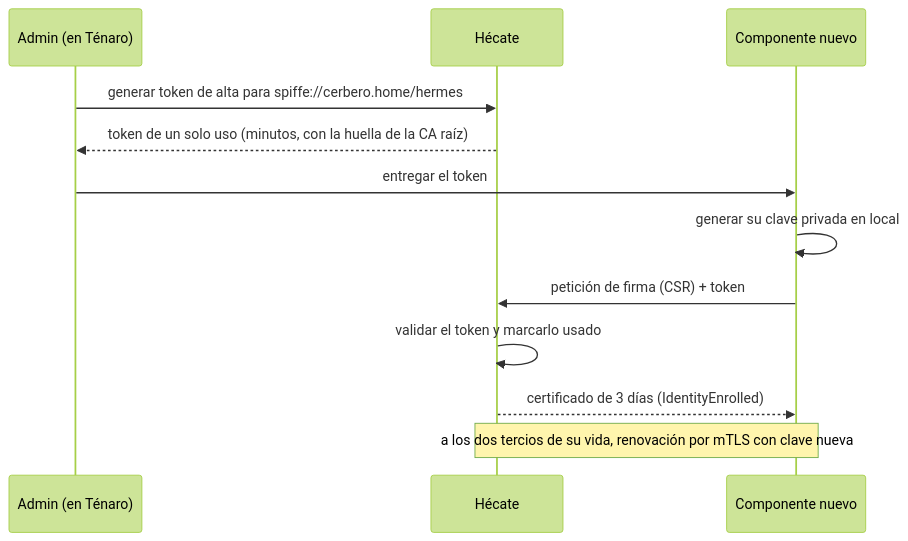
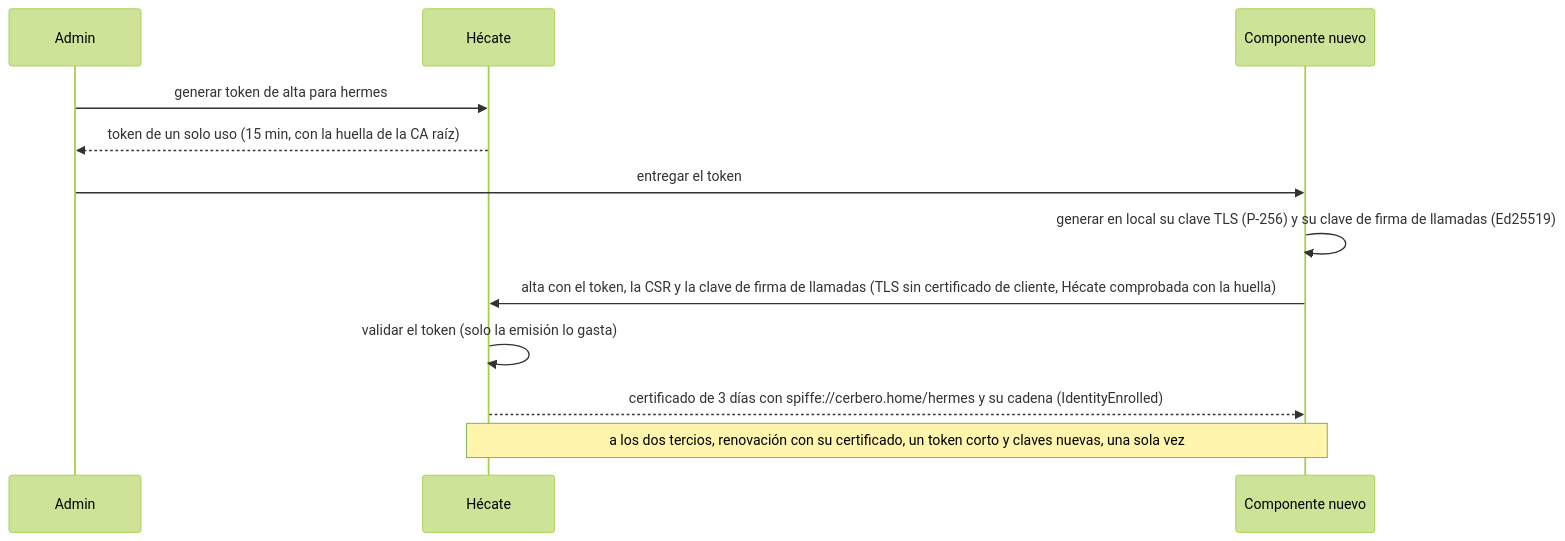
One commit to xandro30/Cerbero changed the fifth of 7 diagrams in docs/hecate.md. Above: the diagram before and after it, drawn with Mermaid (forest theme). The commit also changed other lines of this file and 129 other files, not shown here.

````diff
--- a/docs/hecate.md
+++ b/docs/hecate.md
@@ -160,14 +176,14 @@
 ```mermaid
 sequenceDiagram
-    participant O as Admin (en Ténaro)
+    participant O as Admin
     participant K as Hécate
     participant C as Componente nuevo
-    O->>K: generar token de alta para spiffe://cerbero.home/hermes
-    K-->>O: token de un solo uso (minutos, con la huella de la CA raíz)
+    O->>K: generar token de alta para hermes
+    K-->>O: token de un solo uso (15 min, con la huella de la CA raíz)
     O->>C: entregar el token
-    C->>C: generar su clave privada en local
-    C->>K: petición de firma (CSR) + token
-    K->>K: validar el token y marcarlo usado
-    K-->>C: certificado de 3 días (IdentityEnrolled)
-    Note over C,K: a los dos tercios de su vida, renovación por mTLS con clave nueva
+    C->>C: generar en local su clave TLS (P-256) y su clave de firma de llamadas (Ed25519)
+    C->>K: alta con el token, la CSR y la clave de firma de llamadas (TLS sin certificado de cliente, Hécate comprobada con la huella)
+    K->>K: validar el token (solo la emisión lo gasta)
+    K-->>C: certificado de 3 días con spiffe://cerbero.home/hermes y su cadena (IdentityEnrolled)
+    Note over C,K: a los dos tercios, renovación con su certificado, un token corto y claves nuevas, una sola vez
 ```
````
